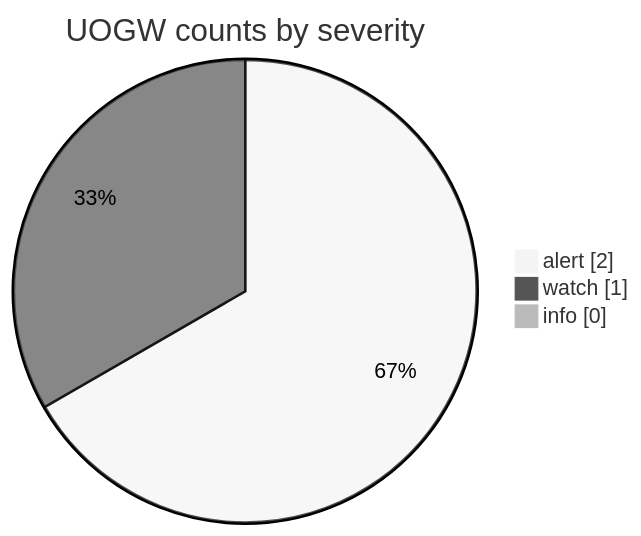
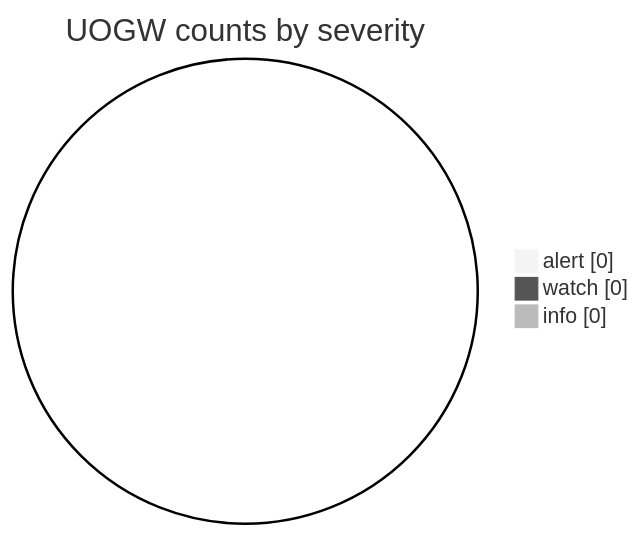
The fourth of 6 diagrams in docs/GRAPHS.md (Midwest-Stratospheric/aerostratospheric-defense-gir), drawn with Mermaid (neutral theme) before and after one commit. The commit also changed other lines of this file and 25 other files, not shown here.

````diff
--- a/docs/GRAPHS.md
+++ b/docs/GRAPHS.md
@@ -66,7 +66,7 @@
 ```mermaid
 pie showData
   title UOGW counts by severity
-  "alert" : 2
-  "watch" : 1
+  "alert" : 0
+  "watch" : 0
   "info" : 0
 ```
````
